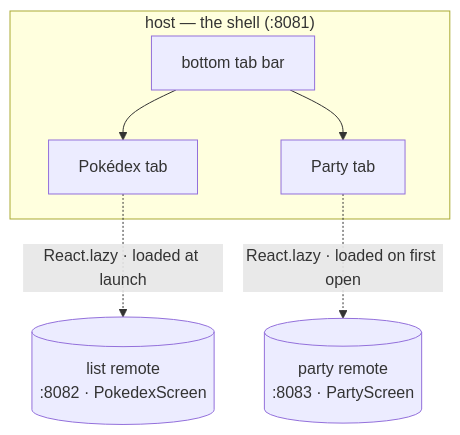
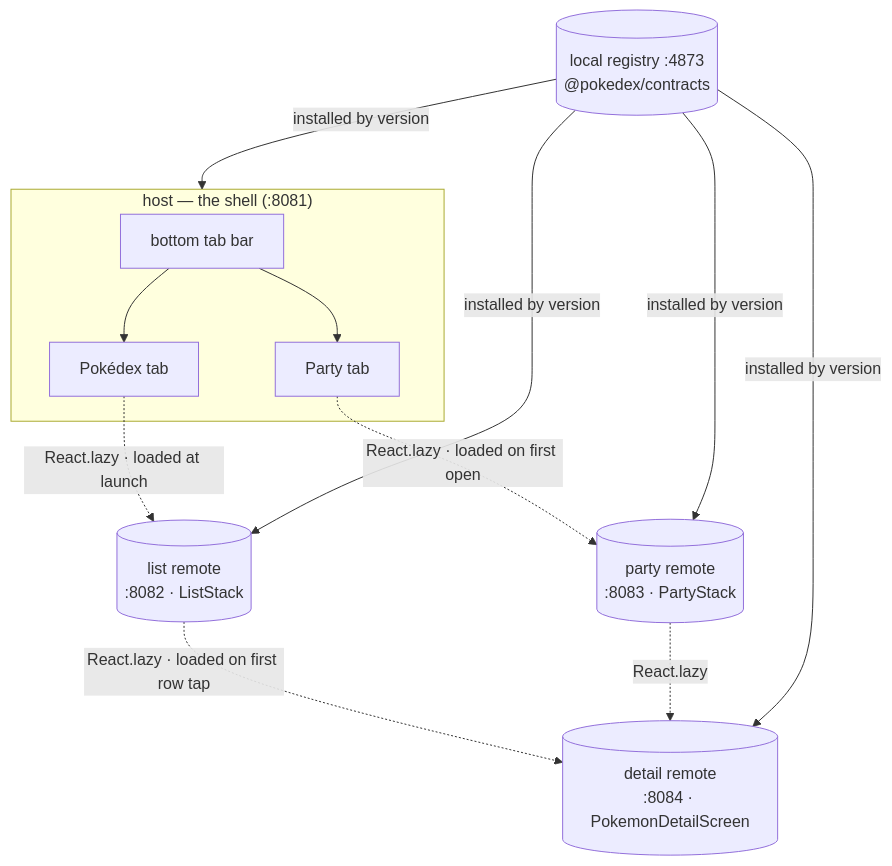
The diagram in README.md (warrendeleon/react-native-module-federation), drawn with Mermaid before and after one commit. The commit also changed other lines of this file and 48 other files, not shown here.

````diff
--- a/README.md
+++ b/README.md
@@ -64,14 +83,22 @@
 ```mermaid
 flowchart TD
+    registry[("local registry :4873<br/>@pokedex/contracts")]
     subgraph host["host — the shell (:8081)"]
         tabs["bottom tab bar"]
         t1["Pokédex tab"]
         t2["Party tab"]
         tabs --> t1
         tabs --> t2
     end
-    list[("list remote<br/>:8082 · PokedexScreen")]
-    party[("party remote<br/>:8083 · PartyScreen")]
+    list[("list remote<br/>:8082 · ListStack")]
+    party[("party remote<br/>:8083 · PartyStack")]
+    detail[("detail remote<br/>:8084 · PokemonDetailScreen")]
     t1 -.->|"React.lazy · loaded at launch"| list
     t2 -.->|"React.lazy · loaded on first open"| party
+    list -.->|"React.lazy · loaded on first row tap"| detail
+    party -.->|"React.lazy"| detail
+    registry -->|"installed by version"| host
+    registry -->|"installed by version"| list
+    registry -->|"installed by version"| party
+    registry -->|"installed by version"| detail
 ```
````
